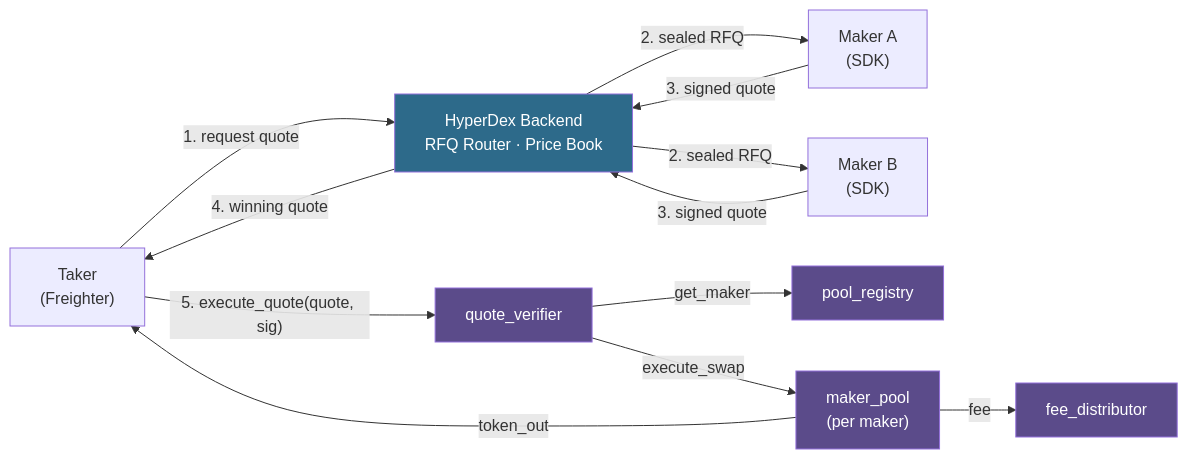
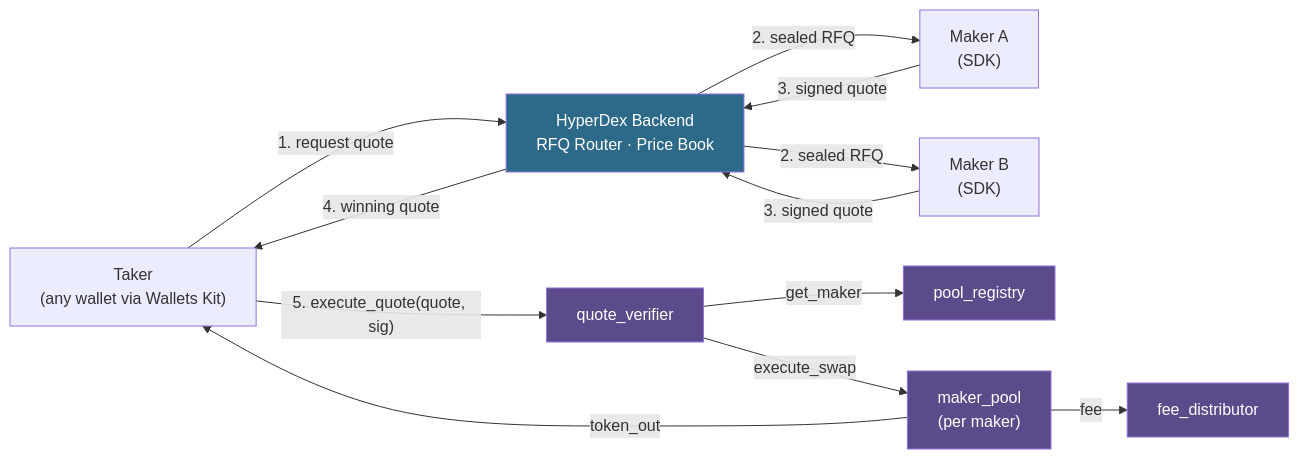
Before and after one commit to hyperdexnetwork/HyperDex: the first of 9 diagrams in docs/TECHNICAL_ARCHITECTURE.md, drawn with Mermaid. The commit also changed other lines of this file and 1 other file, not shown here.

First line of the commit message:
Docs: describe event-verified settlement, wallets and the network switch

````diff
--- a/docs/TECHNICAL_ARCHITECTURE.md
+++ b/docs/TECHNICAL_ARCHITECTURE.md
@@ -86,29 +91,29 @@
 ```mermaid
 flowchart LR
-    T["Taker<br/>(Freighter)"]
+    T["Taker<br/>(any wallet via Wallets Kit)"]
     M1["Maker A<br/>(SDK)"]
     M2["Maker B<br/>(SDK)"]
     B["HyperDex Backend<br/>RFQ Router · Price Book"]
     QV["quote_verifier"]
     PR["pool_registry"]
     MP["maker_pool<br/>(per maker)"]
     FD["fee_distributor"]
 
     T -- "1. request quote" --> B
     B -- "2. sealed RFQ" --> M1
     B -- "2. sealed RFQ" --> M2
     M1 -- "3. signed quote" --> B
     M2 -- "3. signed quote" --> B
     B -- "4. winning quote" --> T
     T -- "5. execute_quote(quote, sig)" --> QV
     QV -- "get_maker" --> PR
     QV -- "execute_swap" --> MP
     MP -- "fee" --> FD
     MP -- "token_out" --> T
 
     style QV fill:#5b4b8a,color:#fff
     style PR fill:#5b4b8a,color:#fff
     style MP fill:#5b4b8a,color:#fff
     style FD fill:#5b4b8a,color:#fff
     style B fill:#2d6a8a,color:#fff
 ```
````
